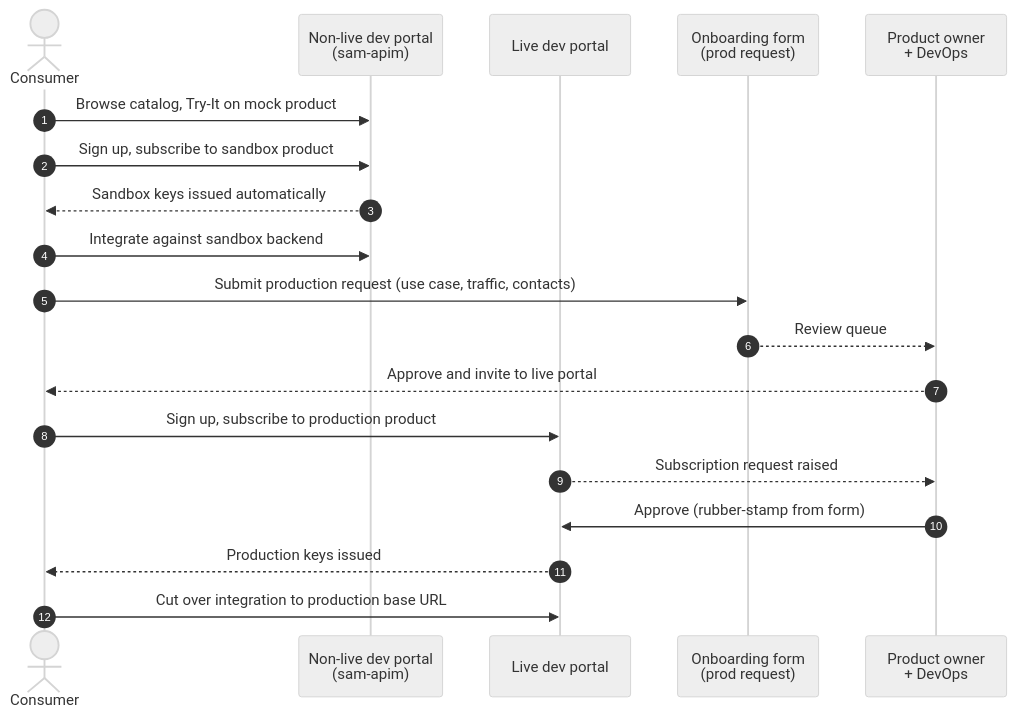
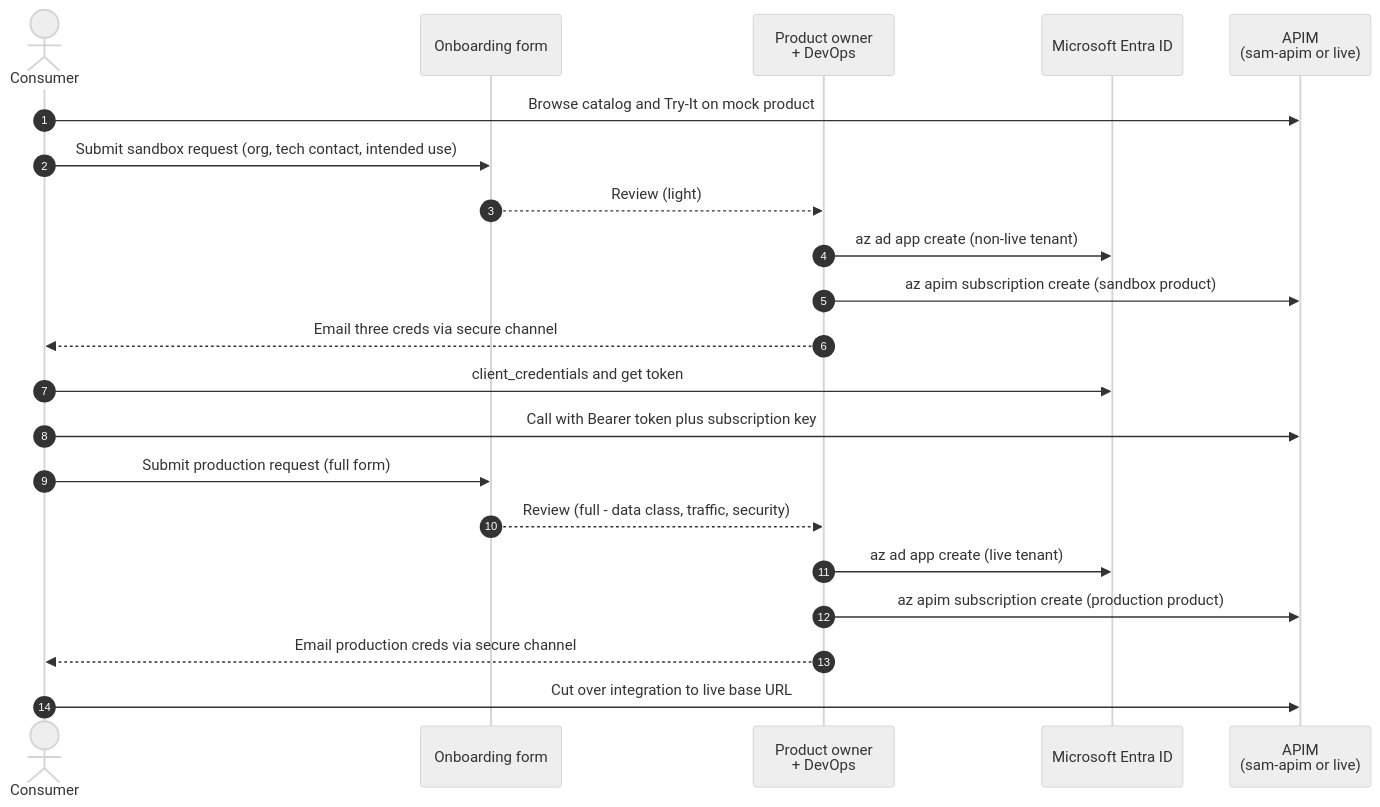
One commit to hmcts/api-cp-crime-echo changed the diagram in docs/AZURE-APIM-CONSUMER-ONBOARDING.md. Above: the diagram before and after it, drawn with Mermaid (neutral theme). The commit also changed other lines of this file, not shown here.

First line of the commit message:
Update onboarding doc with OAuth client-credentials auth model

````diff
--- a/docs/AZURE-APIM-CONSUMER-ONBOARDING.md
+++ b/docs/AZURE-APIM-CONSUMER-ONBOARDING.md
@@ -18,22 +58,24 @@
 ```mermaid
 sequenceDiagram
   autonumber
   actor C as Consumer
-  participant NLP as Non-live dev portal<br/>(sam-apim)
-  participant LP as Live dev portal
-  participant Form as Onboarding form<br/>(prod request)
+  participant Form as Onboarding form
   participant DO as Product owner<br/>+ DevOps
+  participant Entra as Microsoft Entra ID
+  participant APIM as APIM<br/>(sam-apim or live)
 
-  C->>NLP: Browse catalog, Try-It on mock product
-  C->>NLP: Sign up, subscribe to sandbox product
-  NLP-->>C: Sandbox keys issued automatically
-  C->>NLP: Integrate against sandbox backend
-  C->>Form: Submit production request (use case, traffic, contacts)
-  Form-->>DO: Review queue
-  DO-->>C: Approve and invite to live portal
-  C->>LP: Sign up, subscribe to production product
-  LP-->>DO: Subscription request raised
-  DO->>LP: Approve (rubber-stamp from form)
-  LP-->>C: Production keys issued
-  C->>LP: Cut over integration to production base URL
+  C->>APIM: Browse catalog and Try-It on mock product
+  C->>Form: Submit sandbox request (org, tech contact, intended use)
+  Form-->>DO: Review (light)
+  DO->>Entra: az ad app create (non-live tenant)
+  DO->>APIM: az apim subscription create (sandbox product)
+  DO-->>C: Email three creds via secure channel
+  C->>Entra: client_credentials and get token
+  C->>APIM: Call with Bearer token plus subscription key
+  C->>Form: Submit production request (full form)
+  Form-->>DO: Review (full - data class, traffic, security)
+  DO->>Entra: az ad app create (live tenant)
+  DO->>APIM: az apim subscription create (production product)
+  DO-->>C: Email production creds via secure channel
+  C->>APIM: Cut over integration to live base URL
 ```
````
